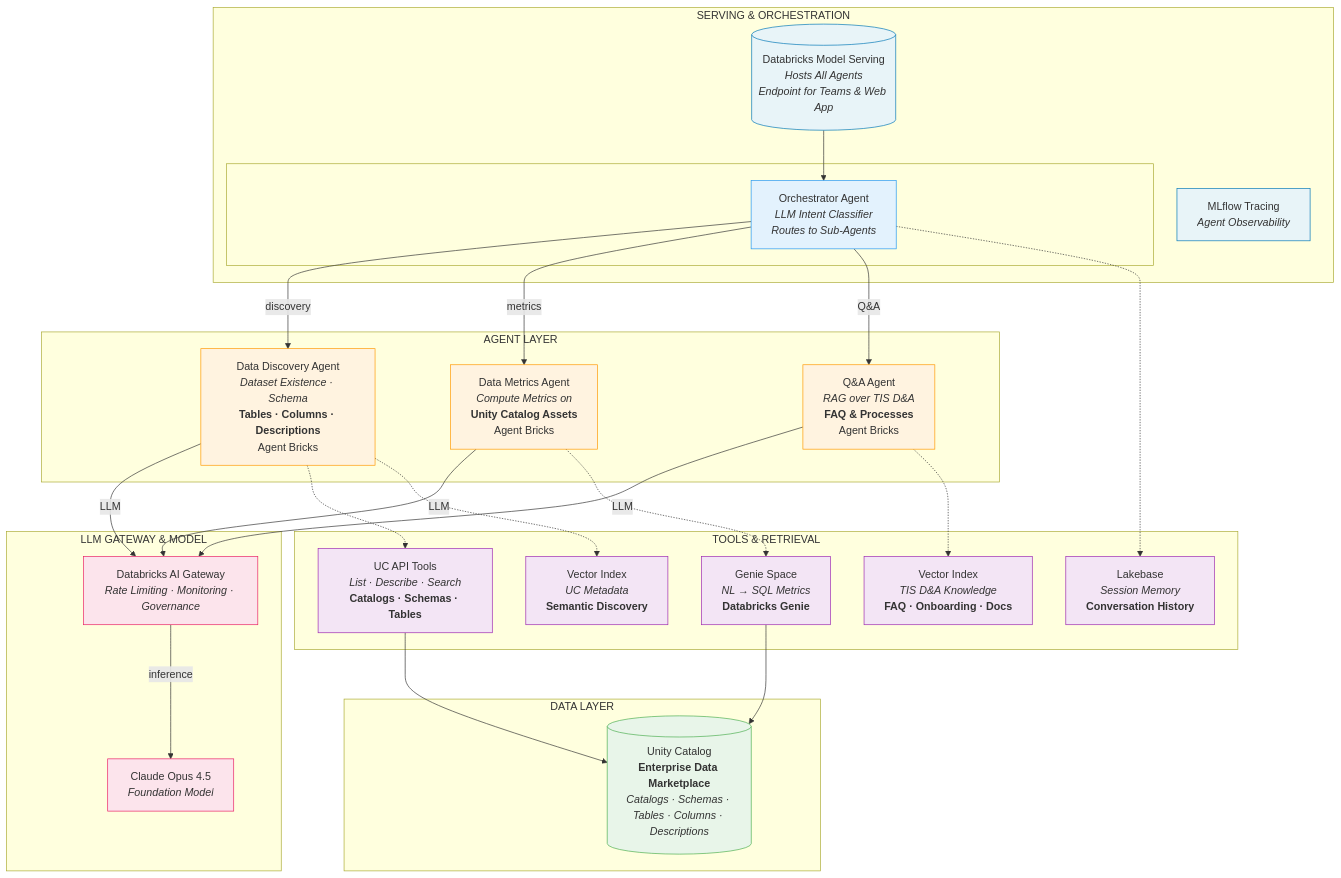
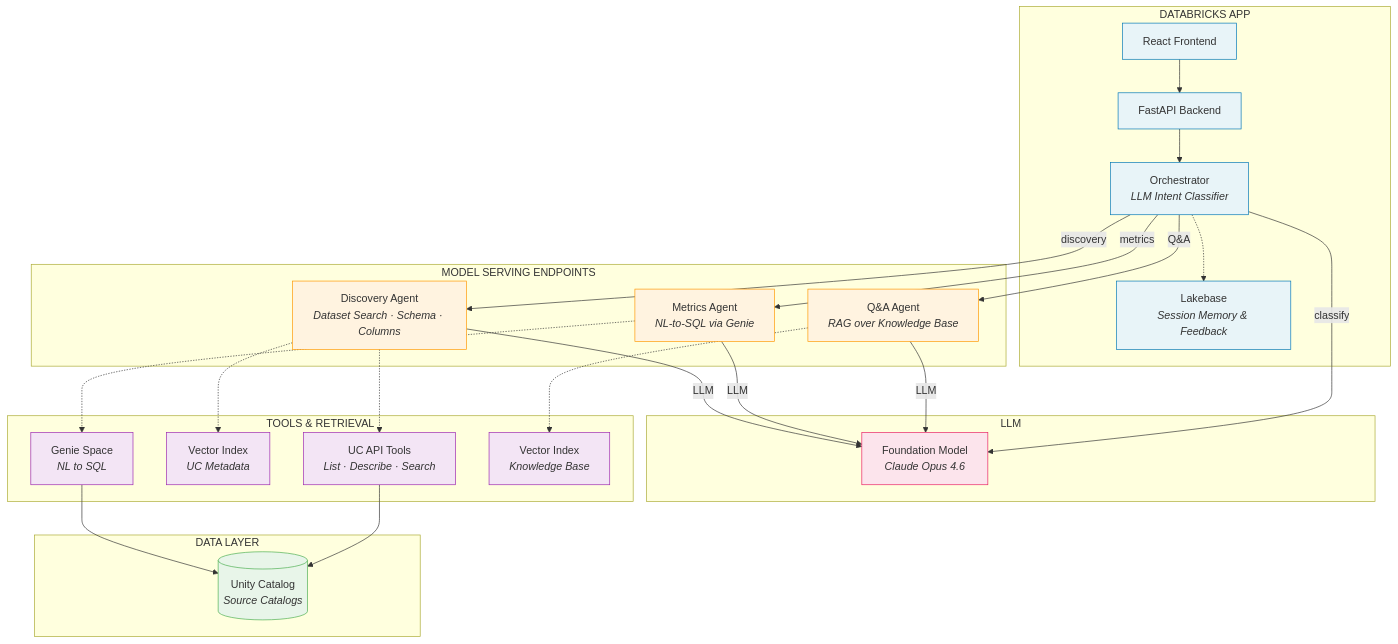
The diagram in README.md (guanjieshen/uc-data-advisor), drawn with Mermaid before and after one commit. The commit also changed other lines of this file and 2 other files, not shown here.

Commit message:
Update all docs to reflect current architecture
README.md: rewrite with accurate architecture diagram showing App +
  Model Serving separation, project structure, key design decisions
DEPLOYMENT.md: remove verify from --step all, update benchmarks section
  (notebook uses SDK not app URL), add rate_limits to config reference
docs/architecture.md: rewrite with auth flow, env vars, setup pipeline
  steps, and accurate component details

````diff
--- a/README.md
+++ b/README.md
@@ -7,73 +7,61 @@
 ```mermaid
 flowchart TB
-    subgraph SERVING["SERVING & ORCHESTRATION"]
-        MS[("Databricks Model Serving<br/><i>Hosts All Agents</i><br/><i>Endpoint for Teams & Web App</i>")]
-        MLF["MLflow Tracing<br/><i>Agent Observability</i>"]
-
-        MS --> ORCH
-
-        subgraph ORCH_BOX[" "]
-            ORCH["Orchestrator Agent<br/><i>LLM Intent Classifier</i><br/><i>Routes to Sub-Agents</i>"]
-        end
+    subgraph APP["DATABRICKS APP"]
+        FE["React Frontend"]
+        API["FastAPI Backend"]
+        ORCH["Orchestrator<br/><i>LLM Intent Classifier</i>"]
+        LB["Lakebase<br/><i>Session Memory & Feedback</i>"]
+        FE --> API --> ORCH
+        ORCH -.-> LB
     end
 
-    subgraph AGENTS["AGENT LAYER"]
-        DA["Data Discovery Agent<br/><i>Dataset Existence · Schema</i><br/><b>Tables · Columns · Descriptions</b><br/>Agent Bricks"]
-        DM["Data Metrics Agent<br/><i>Compute Metrics on</i><br/><b>Unity Catalog Assets</b><br/>Agent Bricks"]
-        QA["Q&A Agent<br/><i>RAG over TIS D&A</i><br/><b>FAQ & Processes</b><br/>Agent Bricks"]
+    subgraph SERVING["MODEL SERVING ENDPOINTS"]
+        DA["Discovery Agent<br/><i>Dataset Search · Schema · Columns</i>"]
+        DM["Metrics Agent<br/><i>NL-to-SQL via Genie</i>"]
+        QA["Q&A Agent<br/><i>RAG over Knowledge Base</i>"]
     end
 
-    subgraph LLM["LLM GATEWAY & MODEL"]
-        GW["Databricks AI Gateway<br/><i>Rate Limiting · Monitoring · Governance</i>"]
-        CLAUDE["Claude Opus 4.5<br/><i>Foundation Model</i>"]
-        GW -->|inference| CLAUDE
+    subgraph LLM["LLM"]
+        CLAUDE["Foundation Model<br/><i>Claude Opus 4.6</i>"]
     end
 
     subgraph TOOLS["TOOLS & RETRIEVAL"]
-        UC_API["UC API Tools<br/><i>List · Describe · Search</i><br/><b>Catalogs · Schemas · Tables</b>"]
-        VS1["Vector Index<br/><i>UC Metadata</i><br/><b>Semantic Discovery</b>"]
-        GENIE["Genie Space<br/><i>NL → SQL Metrics</i><br/><b>Databricks Genie</b>"]
-        LB["Lakebase<br/><i>Session Memory</i><br/><b>Conversation History</b>"]
-        VS2["Vector Index<br/><i>TIS D&A Knowledge</i><br/><b>FAQ · Onboarding · Docs</b>"]
+        UC_API["UC API Tools<br/><i>List · Describe · Search</i>"]
+        VS1["Vector Index<br/><i>UC Metadata</i>"]
+        GENIE["Genie Space<br/><i>NL to SQL</i>"]
+        VS2["Vector Index<br/><i>Knowledge Base</i>"]
     end
 
     subgraph DATA["DATA LAYER"]
-        UCat[("Unity Catalog<br/><b>Enterprise Data Marketplace</b><br/><i>Catalogs · Schemas · Tables · Columns · Descriptions</i>")]
+        UCat[("Unity Catalog<br/><i>Source Catalogs</i>")]
     end
 
-    %% Orchestrator to Agents
     ORCH -->|discovery| DA
     ORCH -->|metrics| DM
     ORCH -->|Q&A| QA
 
-    %% Agents to LLM
-    DA -->|LLM| GW
-    DM -->|LLM| GW
-    QA -->|LLM| GW
+    DA -->|LLM| CLAUDE
+    DM -->|LLM| CLAUDE
+    QA -->|LLM| CLAUDE
+    ORCH -->|classify| CLAUDE
 
-    %% Agent to Tools mappings
     DA -.-> UC_API
     DA -.-> VS1
     DM -.-> GENIE
-    ORCH -.-> LB
     QA -.-> VS2
 
-    %% Tools to Data
     GENIE --> UCat
     UC_API --> UCat
 
-    %% Styling
-    classDef serving fill:#e8f4f8,stroke:#0077b6
-    classDef agent fill:#fff3e0,stroke:#ff9800
+    classDef app fill:#e8f4f8,stroke:#0077b6
+    classDef serving fill:#fff3e0,stroke:#ff9800
     classDef llm fill:#fce4ec,stroke:#e91e63
     classDef tools fill:#f3e5f5,stroke:#9c27b0
     classDef data fill:#e8f5e9,stroke:#4caf50
-    classDef orchestrator fill:#e3f2fd,stroke:#2196f3
 
-    class MS,MLF serving
-    class DA,DM,QA agent
-    class GW,CLAUDE llm
-    class UC_API,VS1,GENIE,LB,VS2 tools
+    class FE,API,ORCH,LB app
+    class DA,DM,QA serving
+    class CLAUDE llm
+    class UC_API,VS1,GENIE,VS2 tools
     class UCat data
-    class ORCH orchestrator
 ```
````
